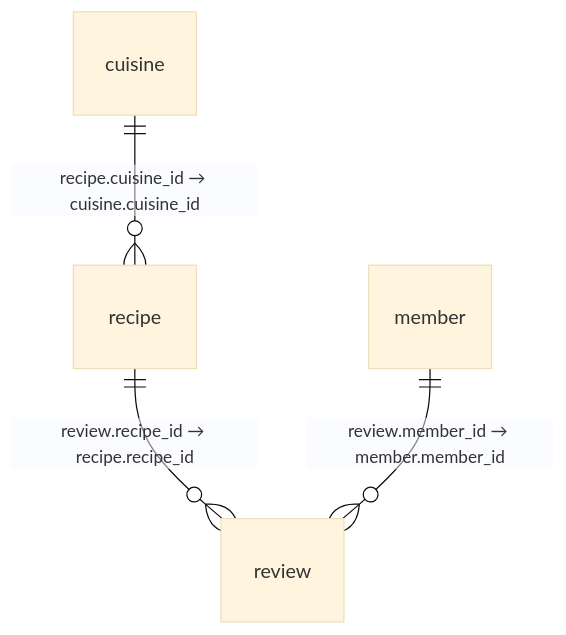
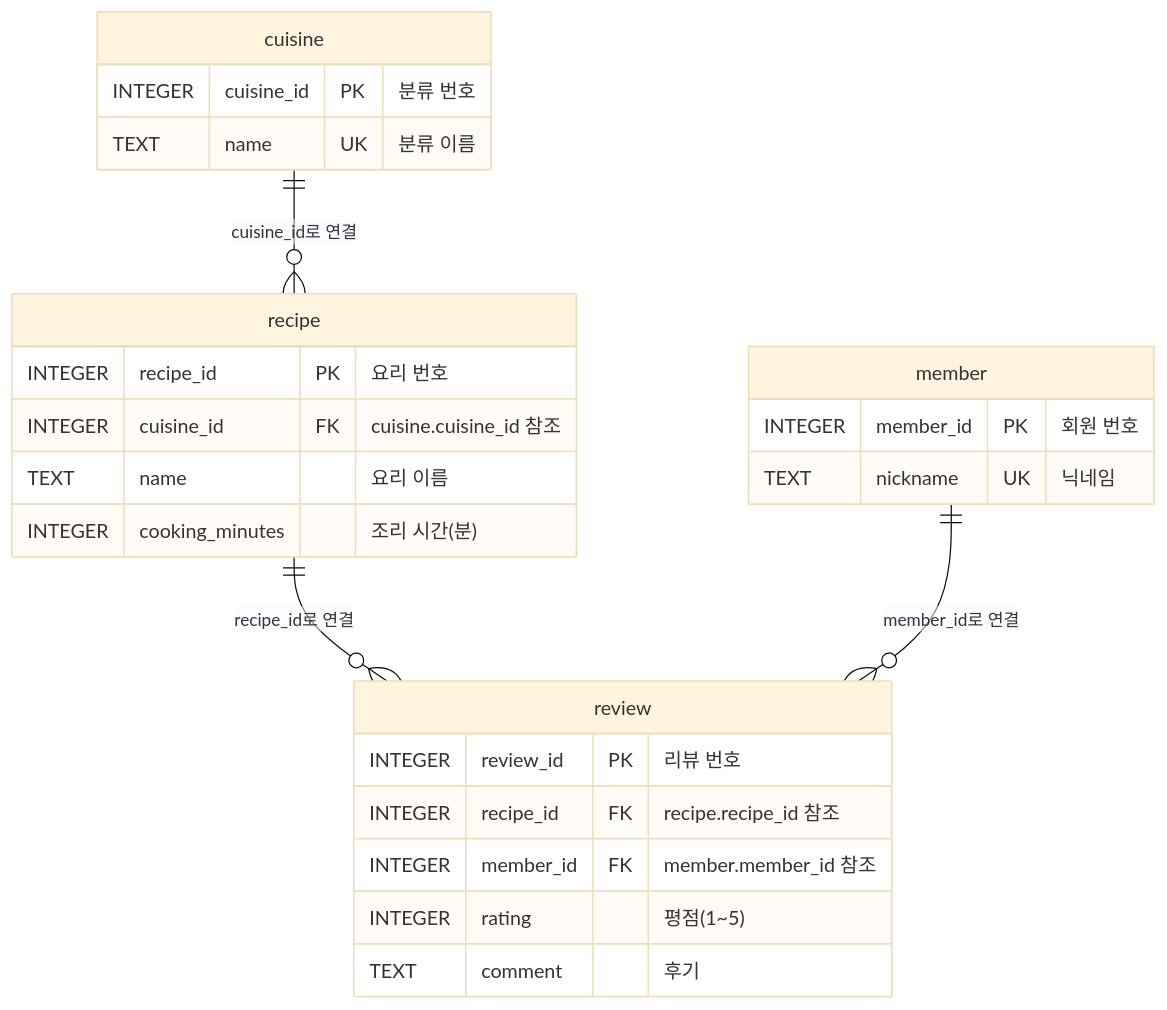
Before and after one commit to PBK98/db_basic: the diagram in README.md, drawn with Mermaid (base theme). The commit also changed other lines of this file, not shown here.

Commit message:
docs: mermaid ERD에 테이블 스키마와 관계 설명 추가

````diff
--- a/README.md
+++ b/README.md
@@ -74,6 +74,31 @@
 ```mermaid
 erDiagram
-    cuisine ||--o{ recipe : "recipe.cuisine_id → cuisine.cuisine_id"
-    recipe ||--o{ review : "review.recipe_id → recipe.recipe_id"
-    member ||--o{ review : "review.member_id → member.member_id"
+    cuisine ||--o{ recipe : "cuisine_id로 연결"
+    recipe ||--o{ review : "recipe_id로 연결"
+    member ||--o{ review : "member_id로 연결"
+
+    cuisine {
+        INTEGER cuisine_id PK "분류 번호"
+        TEXT name UK "분류 이름"
+    }
+
+    recipe {
+        INTEGER recipe_id PK "요리 번호"
+        INTEGER cuisine_id FK "cuisine.cuisine_id 참조"
+        TEXT name "요리 이름"
+        INTEGER cooking_minutes "조리 시간(분)"
+    }
+
+    member {
+        INTEGER member_id PK "회원 번호"
+        TEXT nickname UK "닉네임"
+    }
+
+    review {
+        INTEGER review_id PK "리뷰 번호"
+        INTEGER recipe_id FK "recipe.recipe_id 참조"
+        INTEGER member_id FK "member.member_id 참조"
+        INTEGER rating "평점(1~5)"
+        TEXT comment "후기"
+    }
 ```
````
